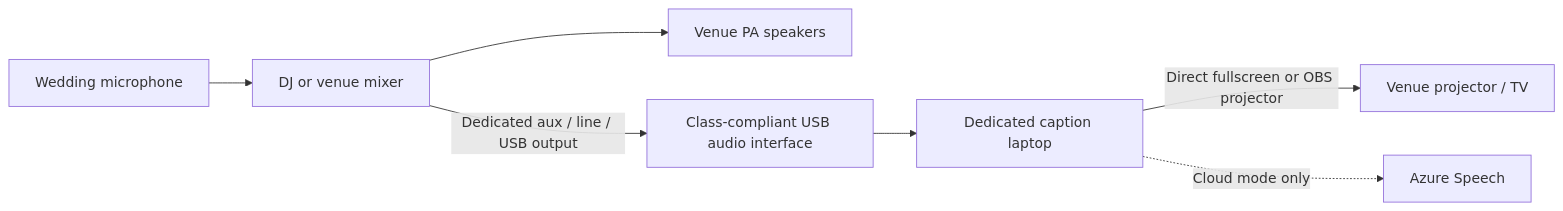
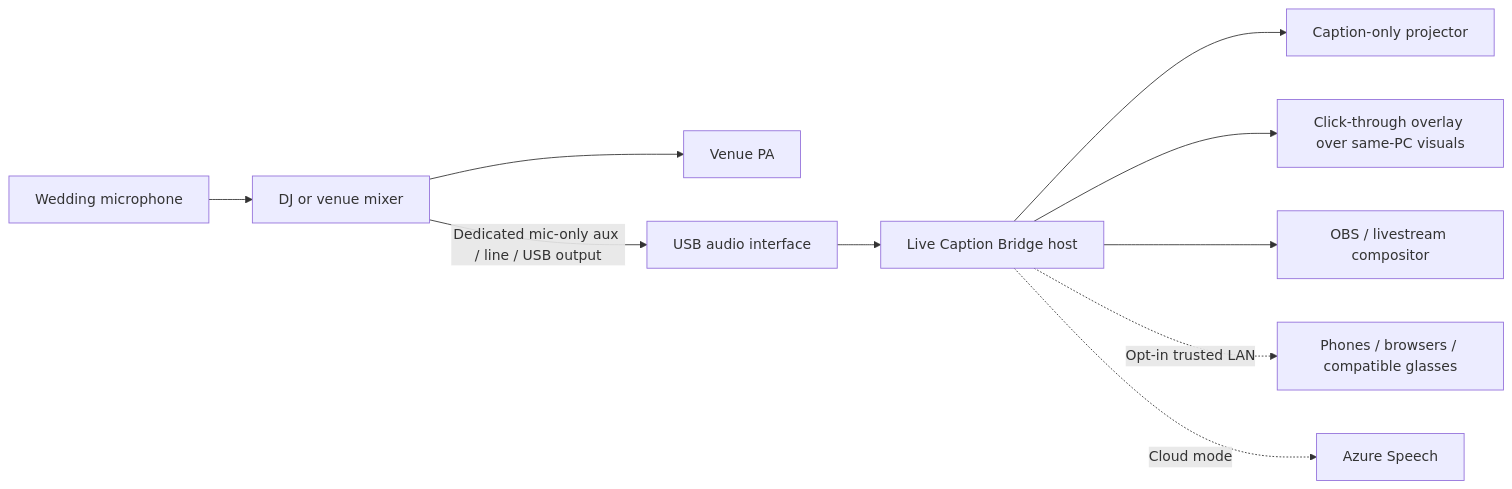
One commit to evoltriet/live-caption-bridge changed the diagram in README.md. Above: the diagram before and after it, drawn with Mermaid. The commit also changed other lines of this file and 101 other files, not shown here.

Commit message:
feat: evolve into Live Caption Bridge platform

````diff
--- a/README.md
+++ b/README.md
@@ -23,9 +26,12 @@
 ```mermaid
 flowchart LR
     Mic["Wedding microphone"] --> Mixer["DJ or venue mixer"]
-    Mixer --> PA["Venue PA speakers"]
-    Mixer -- "Dedicated aux / line / USB output" --> Interface["Class-compliant USB audio interface"]
-    Interface --> Laptop["Dedicated caption laptop"]
-    Laptop -- "Direct fullscreen or OBS projector" --> Screen["Venue projector / TV"]
-    Laptop -. "Cloud mode only" .-> Azure["Azure Speech"]
+    Mixer --> PA["Venue PA"]
+    Mixer -- "Dedicated mic-only aux / line / USB output" --> Interface["USB audio interface"]
+    Interface --> Host["Live Caption Bridge host"]
+    Host --> Fullscreen["Caption-only projector"]
+    Host --> Native["Click-through overlay over same-PC visuals"]
+    Host --> OBS["OBS / livestream compositor"]
+    Host -. "Opt-in trusted LAN" .-> Receivers["Phones / browsers / compatible glasses"]
+    Host -. "Cloud mode" .-> Azure["Azure Speech"]
 ```
````
